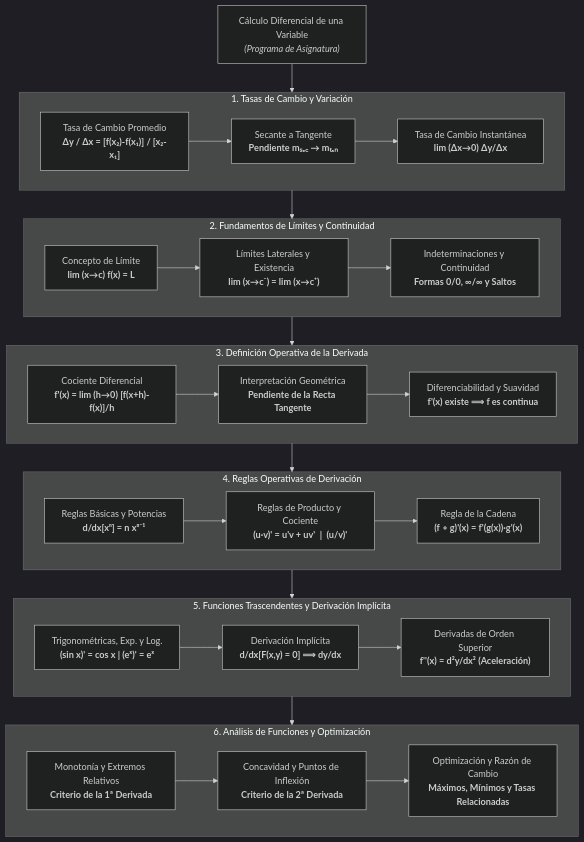
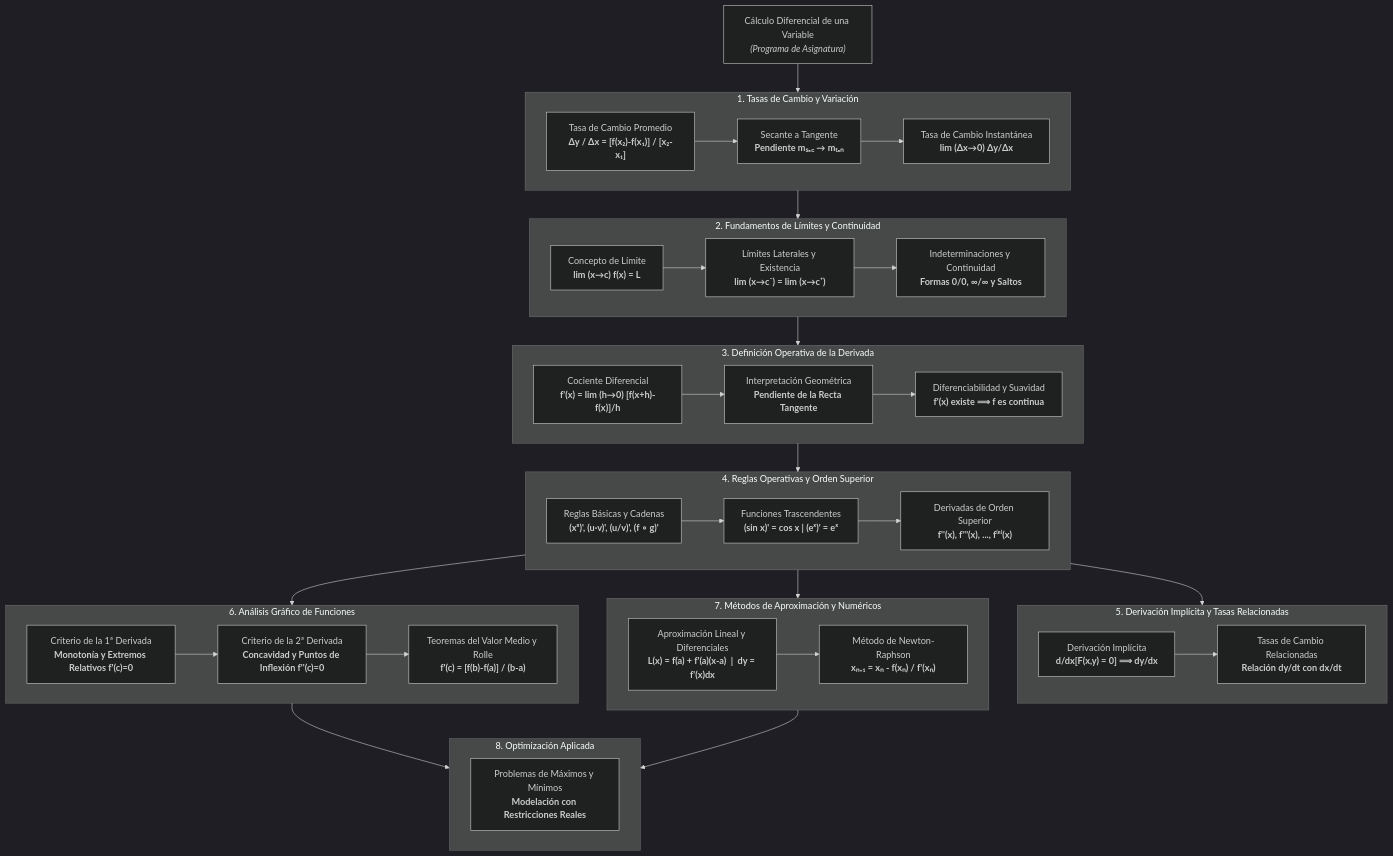
Before and after one commit to vshalisko/R-intro-UdeG: the diagram in Tema_Charts/Derivadas.mermaid, drawn with Mermaid (dark theme).

```diff
--- a/Tema_Charts/Derivadas.mermaid
+++ b/Tema_Charts/Derivadas.mermaid
@@ -1,47 +1,62 @@
 graph TD
     %% Título principal
     CALCULO["Cálculo Diferencial de una Variable<br/><i>(Programa de Asignatura)</i>"]
 
     %% Bloque 1: Origen y Variación
     subgraph M1 ["1. Tasas de Cambio y Variación"]
         A["Tasa de Cambio Promedio<br/><b>Δy / Δx = [f(x₂)-f(x₁)] / [x₂-x₁]</b>"] --> B["Secante a Tangente<br/><b>Pendiente mₛₑ꜀ → mₜₐₙ</b>"]
         B --> C["Tasa de Cambio Instantánea<br/><b>lim (Δx→0) Δy/Δx</b>"]
     end
 
     %% Bloque 2: Límites y Continuidad
     subgraph M2 ["2. Fundamentos de Límites y Continuidad"]
         D["Concepto de Límite<br/><b>lim (x→c) f(x) = L</b>"] --> E["Límites Laterales y Existencia<br/><b>lim (x→c⁻) = lim (x→c⁺)</b>"]
         E --> F["Indeterminaciones y Continuidad<br/><b>Formas 0/0, ∞/∞ y Saltos</b>"]
     end
 
     %% Bloque 3: Definición de la Derivada
     subgraph M3 ["3. Definición Operativa de la Derivada"]
         G["Cociente Diferencial<br/><b>f'(x) = lim (h→0) [f(x+h)-f(x)]/h</b>"] --> H["Interpretación Geométrica<br/><b>Pendiente de la Recta Tangente</b>"]
         H --> I["Diferenciabilidad y Suavidad<br/><b>f'(x) existe ⟹ f es continua</b>"]
     end
 
-    %% Bloque 4: Reglas de Derivación
-    subgraph M4 ["4. Reglas Operativas de Derivación"]
-        J["Reglas Básicas y Potencias<br/><b>d/dx[xⁿ] = n xⁿ⁻¹</b>"] --> K["Reglas de Producto y Cociente<br/><b>(u·v)' = u'v + uv'  |  (u/v)'</b>"]
-        K --> L["Regla de la Cadena<br/><b>(f ∘ g)'(x) = f'(g(x))·g'(x)</b>"]
+    %% Bloque 4: Reglas Operativas y Orden Superior
+    subgraph M4 ["4. Reglas Operativas y Orden Superior"]
+        J["Reglas Básicas y Cadenas<br/><b>(xⁿ)', (u·v)', (u/v)', (f ∘ g)'</b>"] --> K["Funciones Trascendentes<br/><b>(sin x)' = cos x  |  (eˣ)' = eˣ</b>"]
+        K --> L["Derivadas de Orden Superior<br/><b>f''(x), f'''(x), ..., f⁽ⁿ⁾(x)</b>"]
     end
 
-    %% Bloque 5: Trascendentes, Implícita y Orden Superior
-    subgraph M5 ["5. Funciones Trascendentes y Derivación Implícita"]
-        M["Trigonométricas, Exp. y Log.<br/><b>(sin x)' = cos x  |  (eˣ)' = eˣ</b>"] --> N["Derivación Implícita<br/><b>d/dx[F(x,y) = 0] ⟹ dy/dx</b>"]
-        N --> O["Derivadas de Orden Superior<br/><b>f''(x) = d²y/dx² (Aceleración)</b>"]
+    %% Rama A: Derivación Implícita
+    subgraph M5 ["5. Derivación Implícita y Tasas Relacionadas"]
+        M["Derivación Implícita<br/><b>d/dx[F(x,y) = 0] ⟹ dy/dx</b>"] --> N["Tasas de Cambio Relacionadas<br/><b>Relación dy/dt con dx/dt</b>"]
     end
 
-    %% Bloque 6: Aplicaciones y Optimización
-    subgraph M6 ["6. Análisis de Funciones y Optimización"]
-        P["Monotonía y Extremos Relativos<br/><b>Criterio de la 1ª Derivada</b>"] --> Q["Concavidad y Puntos de Inflexión<br/><b>Criterio de la 2ª Derivada</b>"]
-        Q --> R["Optimización y Razón de Cambio<br/><b>Máximos, Mínimos y Tasas Relacionadas</b>"]
+    %% Rama B: Análisis Gráfico de Funciones
+    subgraph M6 ["6. Análisis Gráfico de Funciones"]
+        O["Criterio de la 1ª Derivada<br/><b>Monotonía y Extremos Relativos f'(c)=0</b>"] --> P["Criterio de la 2ª Derivada<br/><b>Concavidad y Puntos de Inflexión f''(c)=0</b>"]
+        P --> Q["Teoremas del Valor Medio y Rolle<br/><b>f'(c) = [f(b)-f(a)] / (b-a)</b>"]
     end
 
-    %% Conexiones jerárquicas y secuencia pedagógica
+    %% Rama C: Métodos de Aproximación y Numéricos
+    subgraph M7 ["7. Métodos de Aproximación y Numéricos"]
+        R["Aproximación Lineal y Diferenciales<br/><b>L(x) = f(a) + f'(a)(x-a)  |  dy = f'(x)dx</b>"] --> S["Método de Newton-Raphson<br/><b>xₙ₊₁ = xₙ - f(xₙ) / f'(xₙ)</b>"]
+    end
+
+    %% Bloque 8: Optimización Aplicada
+    subgraph M8 ["8. Optimización Aplicada"]
+        T["Problemas de Máximos y Mínimos<br/><b>Modelación con Restricciones Reales</b>"]
+    end
+
+    %% Secuencia jerárquica principal
     CALCULO --> M1
     M1 --> M2
     M2 --> M3
     M3 --> M4
+    
+    %% Ramificación didáctica desde el bloque 4
     M4 --> M5
-    M5 --> M6
+    M4 --> M6
+    M4 --> M7
+
+    %% Integración hacia la aplicación final
+    M6 & M7 --> M8
```
